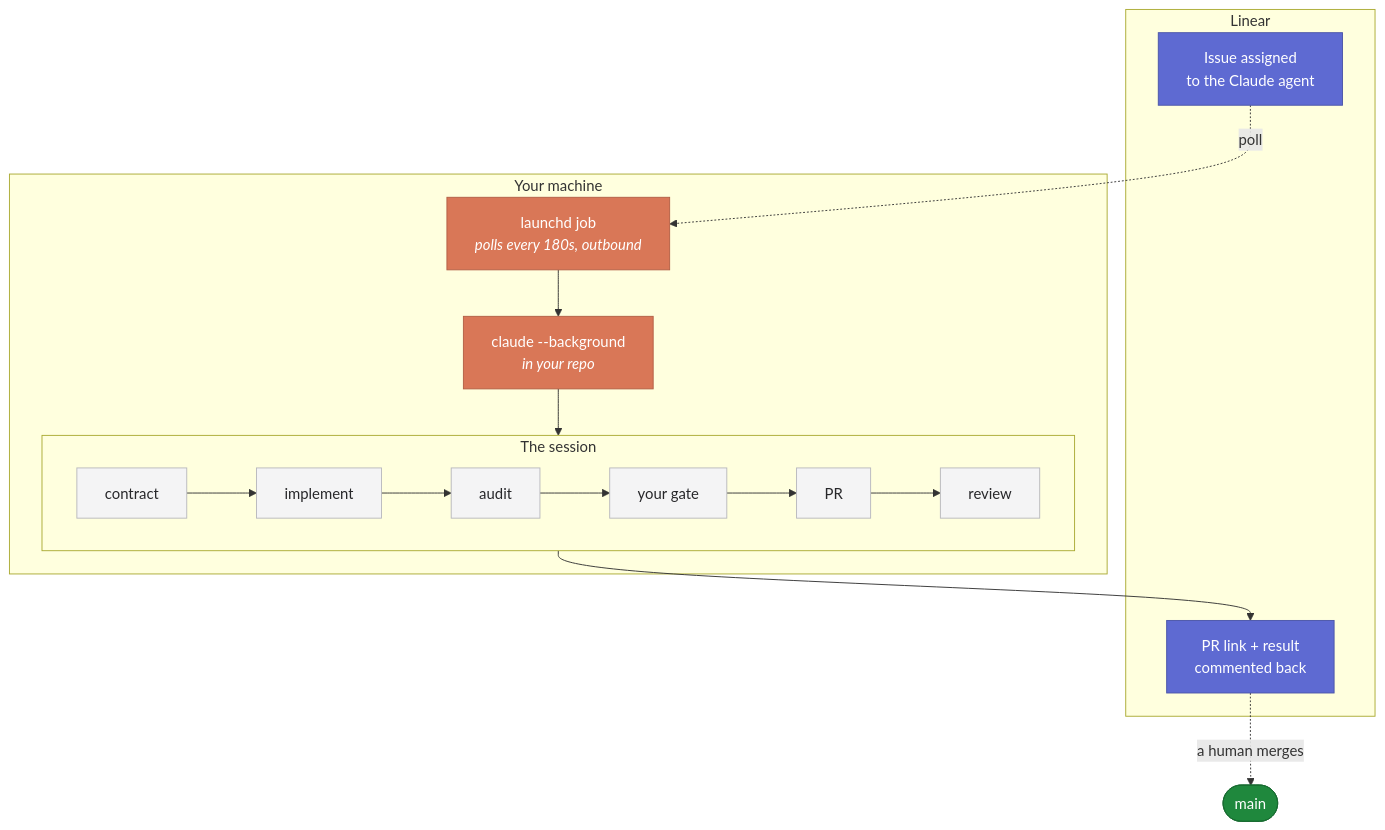
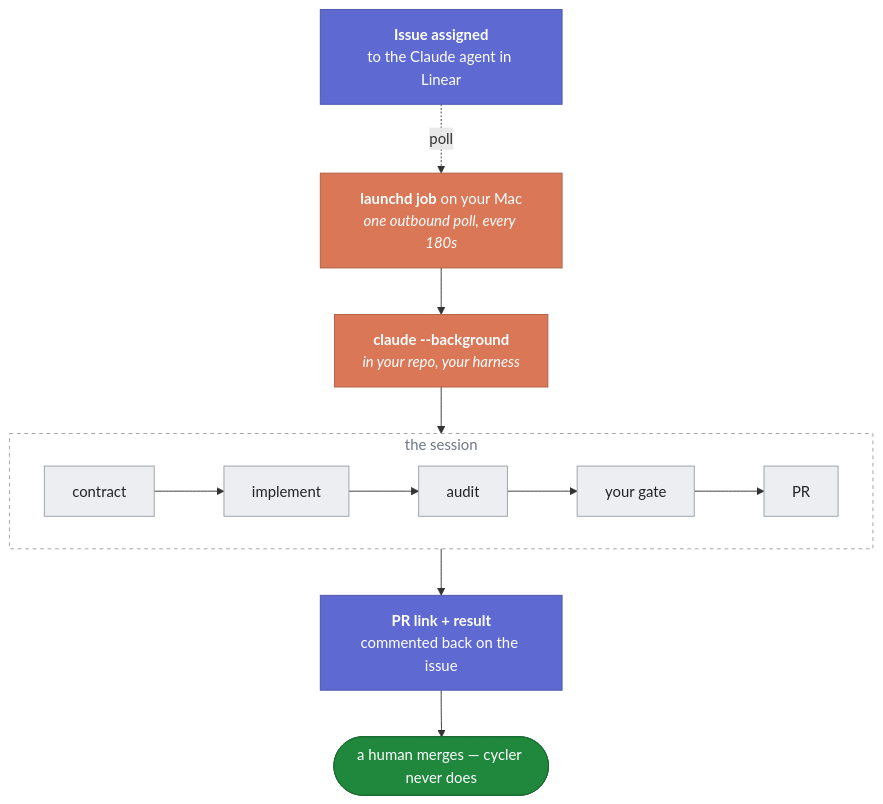
Before and after one commit to mikhailkogan17/cycler: the diagram in README.md, drawn with Mermaid.

Commit message:
Redraw the diagram so the session phases read across, not down
The first version nested the phase chain in a subgraph with an edge into one of its inner nodes,
which makes mermaid drop the LR direction — the whole thing rendered as a nine-node tower. Pointing
the edge at the subgraph itself keeps the direction, and the diagram fits in a screen.

Verified by rendering it, not by reading it.

````diff
--- a/README.md
+++ b/README.md
@@ -39,31 +39,26 @@
 ```mermaid
 flowchart TD
-    subgraph linear["Linear"]
-        A["Issue assigned<br/>to the Claude agent"]
-        Z["PR link + result<br/>commented back"]
+    A["<b>Issue assigned</b><br/>to the Claude agent in Linear"]
+    B["<b>launchd job</b> on your Mac<br/><i>one outbound poll, every 180s</i>"]
+    C["<b>claude --background</b><br/><i>in your repo, your harness</i>"]
+
+    subgraph S ["the session"]
+        direction LR
+        D["contract"] --> E["implement"] --> F["audit"] --> G["your gate"] --> H["PR"]
     end
 
-    subgraph mac["Your machine"]
-        B["launchd job<br/><i>polls every 180s, outbound</i>"]
-        C["claude --background<br/><i>in your repo</i>"]
-        subgraph run["The session"]
-            direction LR
-            D["contract"] --> E["implement"] --> F["audit"] --> G["your gate"] --> H["PR"] --> I["review"]
-        end
-    end
+    Z["<b>PR link + result</b><br/>commented back on the issue"]
+    M(["a human merges — cycler never does"])
 
-    A -.->|"poll"| B
-    B --> C
-    C --> D
-    I --> Z
-    Z -.->|"a human merges"| M(["main"])
+    A -.->|"poll"| B --> C --> S --> Z --> M
 
     classDef board fill:#5E6AD2,stroke:#4b55a8,color:#fff
     classDef local fill:#d97757,stroke:#b35f45,color:#fff
-    classDef phase fill:#f4f4f5,stroke:#b8b8bd,color:#27272a
-    classDef done fill:#1f883d,stroke:#186b31,color:#fff
+    classDef phase fill:#eceef1,stroke:#9aa0a6,color:#1f2328
+    classDef merge fill:#1f883d,stroke:#186b31,color:#fff
     class A,Z board
     class B,C local
-    class D,E,F,G,H,I phase
-    class M done
+    class D,E,F,G,H phase
+    class M merge
+    style S fill:none,stroke:#9aa0a6,stroke-dasharray:4 4,color:#6e7781
 ```
````
